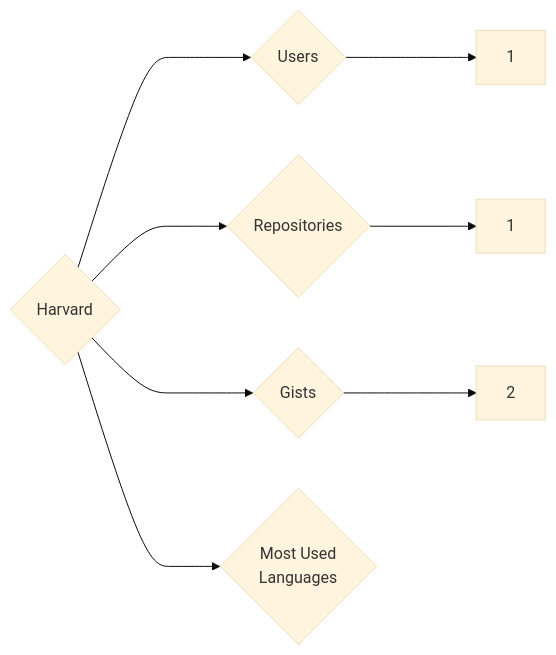
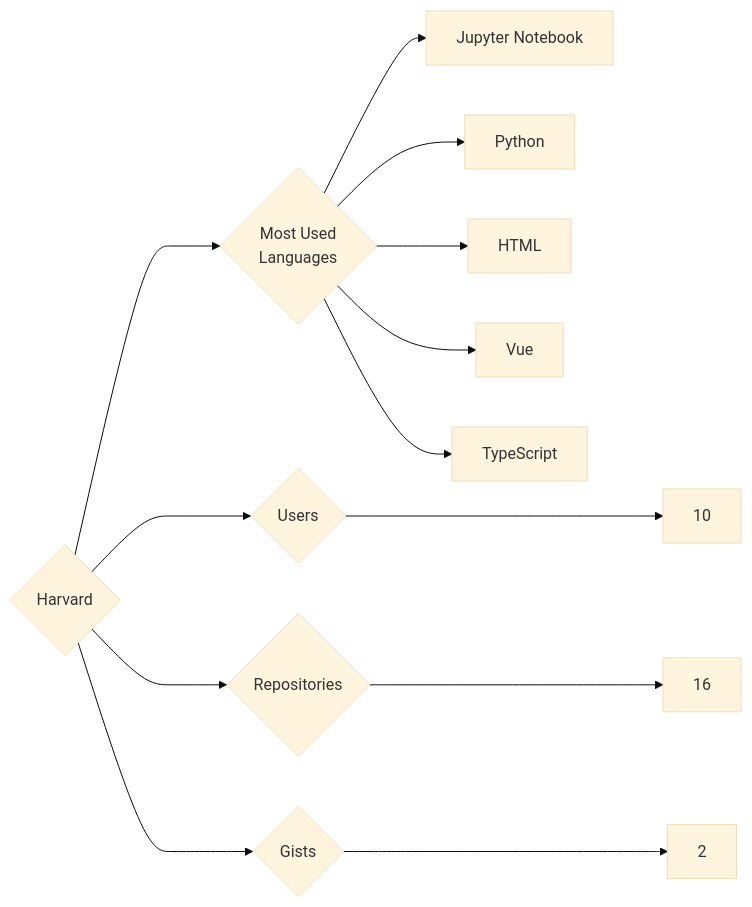
One commit to trickest/insiders changed the diagram in targets/Harvard/README.md. Above: the diagram before and after it, drawn with Mermaid (base theme). The commit also changed 1092 other files, not shown here.

````diff
--- a/targets/Harvard/README.md
+++ b/targets/Harvard/README.md
@@ -3,8 +3,13 @@
 ```mermaid
 graph LR
 COMPANY_NAME{Harvard}
-COMPANY_NAME ---> U{Users} ---> UN[1]
-COMPANY_NAME ---> R{Repositories} ---> RN[1]
+COMPANY_NAME ---> U{Users} ---> UN[10]
+COMPANY_NAME ---> R{Repositories} ---> RN[16]
 COMPANY_NAME ---> G{Gists} ---> GN[2]
 COMPANY_NAME ---> ML{Most Used<br>Languages}
+ML --> Jupyter_Notebook[Jupyter Notebook]
+ML --> Python[Python]
+ML --> HTML[HTML]
+ML --> Vue[Vue]
+ML --> TypeScript[TypeScript]
 ```
````
